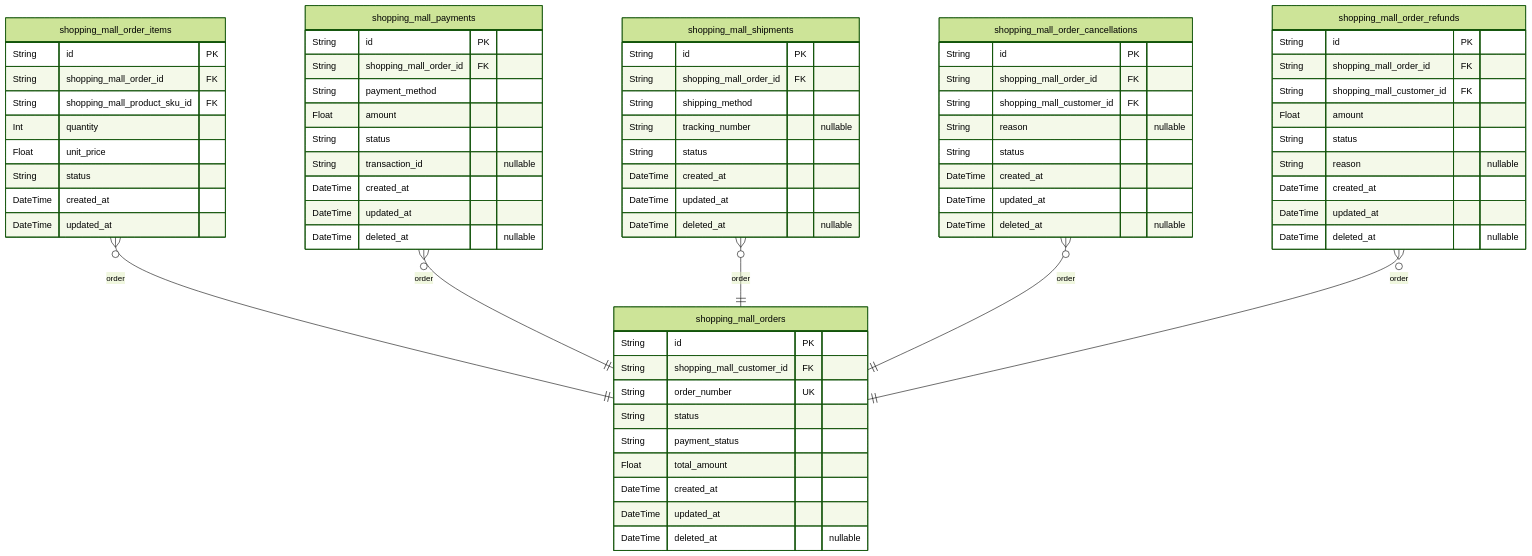
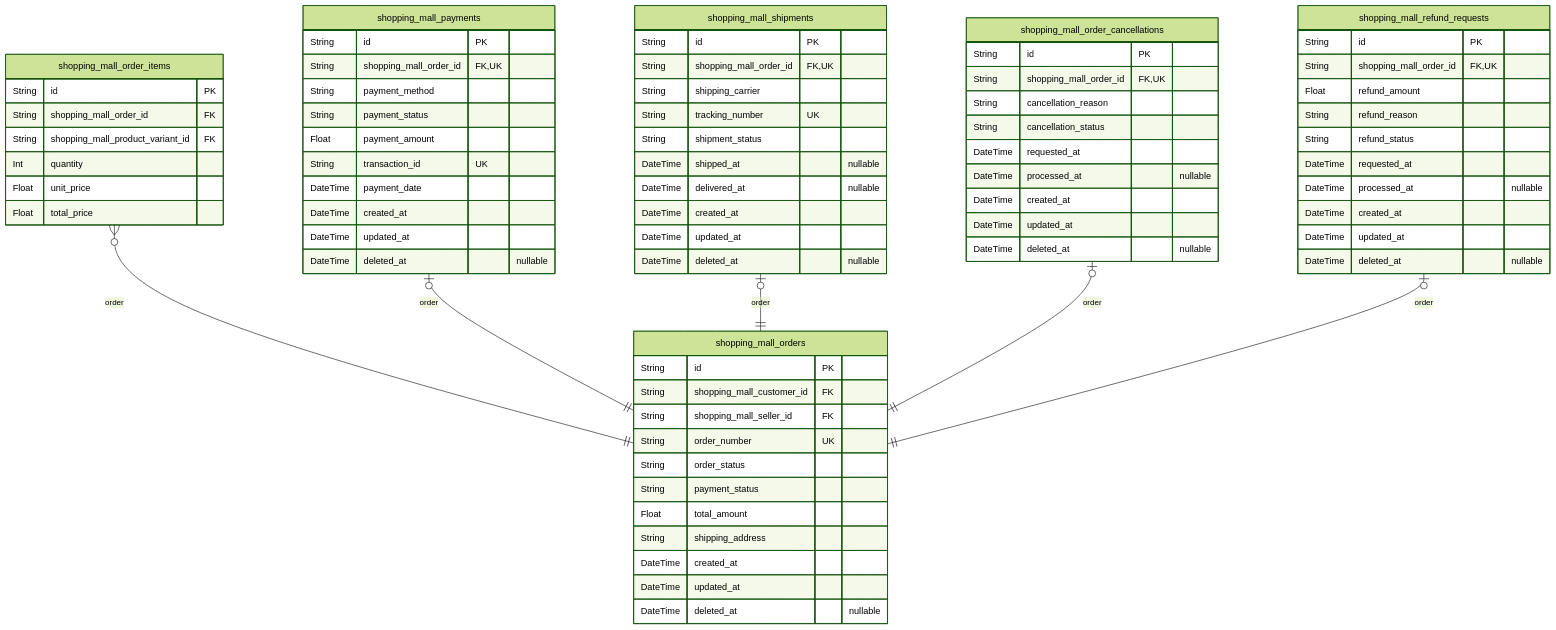
Before and after one commit to wrtnlabs/autobe-examples: the fifth of 10 diagrams in openai/gpt-4.1-mini/shopping/docs/ERD.md, drawn with Mermaid (forest theme). The commit also changed other lines of this file and 1553 other files, not shown here.

````diff
--- a/openai/gpt-4.1-mini/shopping/docs/ERD.md
+++ b/openai/gpt-4.1-mini/shopping/docs/ERD.md
@@ -851,71 +599,76 @@
 ```mermaid
 erDiagram
 "shopping_mall_orders" {
   String id PK
   String shopping_mall_customer_id FK
+  String shopping_mall_seller_id FK
   String order_number UK
-  String status
+  String order_status
   String payment_status
   Float total_amount
+  String shipping_address
   DateTime created_at
   DateTime updated_at
   DateTime deleted_at "nullable"
 }
 "shopping_mall_order_items" {
   String id PK
   String shopping_mall_order_id FK
-  String shopping_mall_product_sku_id FK
+  String shopping_mall_product_variant_id FK
   Int quantity
   Float unit_price
-  String status
-  DateTime created_at
-  DateTime updated_at
+  Float total_price
 }
 "shopping_mall_payments" {
   String id PK
-  String shopping_mall_order_id FK
+  String shopping_mall_order_id FK,UK
   String payment_method
-  Float amount
-  String status
-  String transaction_id "nullable"
+  String payment_status
+  Float payment_amount
+  String transaction_id UK
+  DateTime payment_date
   DateTime created_at
   DateTime updated_at
   DateTime deleted_at "nullable"
 }
 "shopping_mall_shipments" {
   String id PK
-  String shopping_mall_order_id FK
-  String shipping_method
-  String tracking_number "nullable"
-  String status
+  String shopping_mall_order_id FK,UK
+  String shipping_carrier
+  String tracking_number UK
+  String shipment_status
+  DateTime shipped_at "nullable"
+  DateTime delivered_at "nullable"
   DateTime created_at
   DateTime updated_at
   DateTime deleted_at "nullable"
 }
 "shopping_mall_order_cancellations" {
   String id PK
-  String shopping_mall_order_id FK
-  String shopping_mall_customer_id FK
-  String reason "nullable"
-  String status
+  String shopping_mall_order_id FK,UK
+  String cancellation_reason
+  String cancellation_status
+  DateTime requested_at
+  DateTime processed_at "nullable"
   DateTime created_at
   DateTime updated_at
   DateTime deleted_at "nullable"
 }
-"shopping_mall_order_refunds" {
+"shopping_mall_refund_requests" {
   String id PK
-  String shopping_mall_order_id FK
-  String shopping_mall_customer_id FK
-  Float amount
-  String status
-  String reason "nullable"
+  String shopping_mall_order_id FK,UK
+  Float refund_amount
+  String refund_reason
+  String refund_status
+  DateTime requested_at
+  DateTime processed_at "nullable"
   DateTime created_at
   DateTime updated_at
   DateTime deleted_at "nullable"
 }
 "shopping_mall_order_items" }o--|| "shopping_mall_orders" : order
-"shopping_mall_payments" }o--|| "shopping_mall_orders" : order
-"shopping_mall_shipments" }o--|| "shopping_mall_orders" : order
-"shopping_mall_order_cancellations" }o--|| "shopping_mall_orders" : order
-"shopping_mall_order_refunds" }o--|| "shopping_mall_orders" : order
+"shopping_mall_payments" |o--|| "shopping_mall_orders" : order
+"shopping_mall_shipments" |o--|| "shopping_mall_orders" : order
+"shopping_mall_order_cancellations" |o--|| "shopping_mall_orders" : order
+"shopping_mall_refund_requests" |o--|| "shopping_mall_orders" : order
 ```
````
